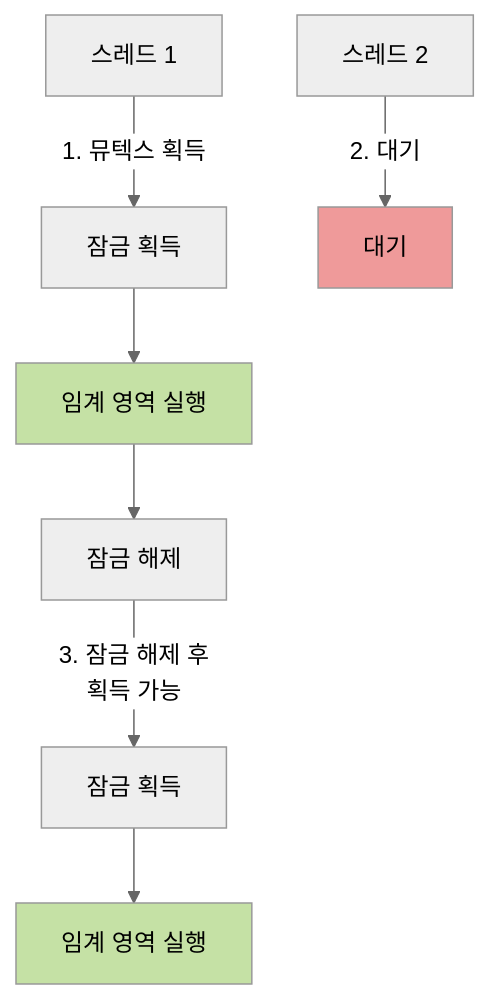
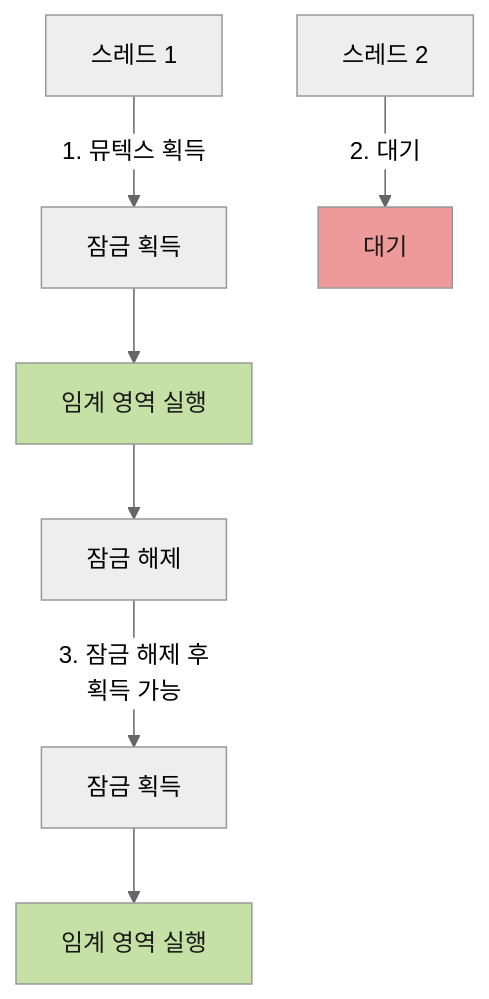
Before and after one commit to Cllaude99/cllaude99_labs: the seventh of 22 diagrams in apps/devblog/content/posts/operating-system.mdx, drawn with Mermaid (neutral theme). The commit also changed other lines of this file, not shown here.

First line of the commit message:
fix: 다크 모드에서 머메이드 다이어그램의 텍스트 색상 추가

````diff
--- a/apps/devblog/content/posts/operating-system.mdx
+++ b/apps/devblog/content/posts/operating-system.mdx
@@ -323,14 +323,14 @@
 ```mermaid
 graph TB
     T1["스레드 1"] -->|1. 뮤텍스 획득| Lock1["잠금 획득"]
     Lock1 --> CS1["임계 영역 실행"]
     CS1 --> Unlock1["잠금 해제"]
 
     T2["스레드 2"] -->|2. 대기| Wait["대기"]
     Unlock1 -->|3. 잠금 해제 후<br/>획득 가능| Lock2["잠금 획득"]
     Lock2 --> CS2["임계 영역 실행"]
 
-    style CS1 fill:#c5e1a5
-    style Wait fill:#ef9a9a
-    style CS2 fill:#c5e1a5
+    style CS1 fill:#c5e1a5,color:#1a1a1a
+    style Wait fill:#ef9a9a,color:#1a1a1a
+    style CS2 fill:#c5e1a5,color:#1a1a1a
 ```
````
